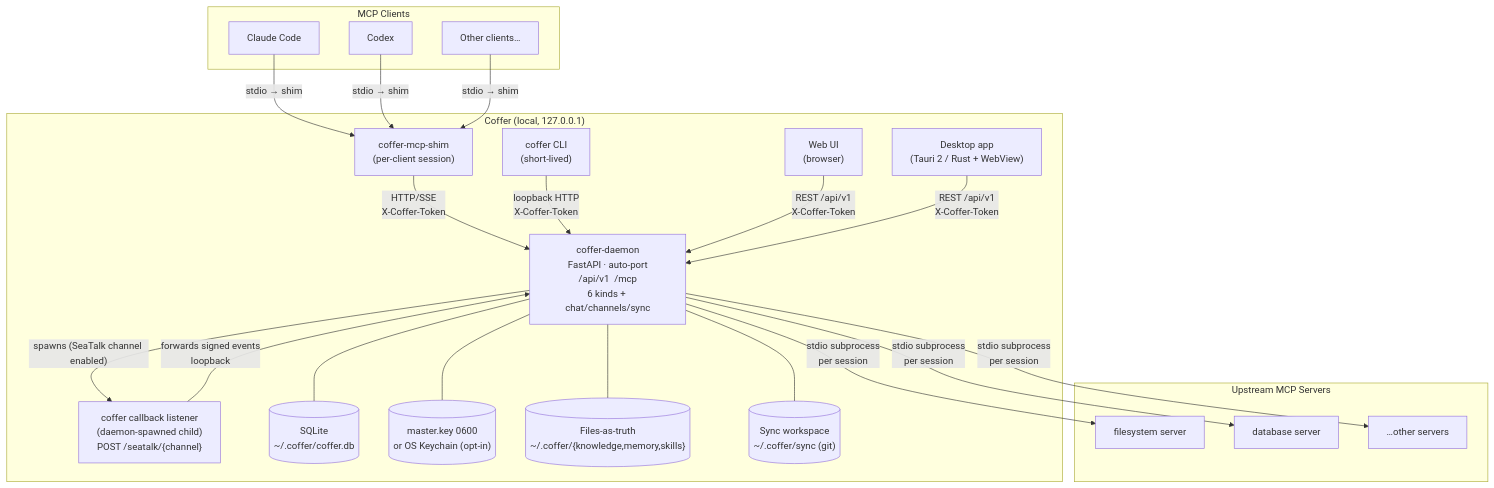
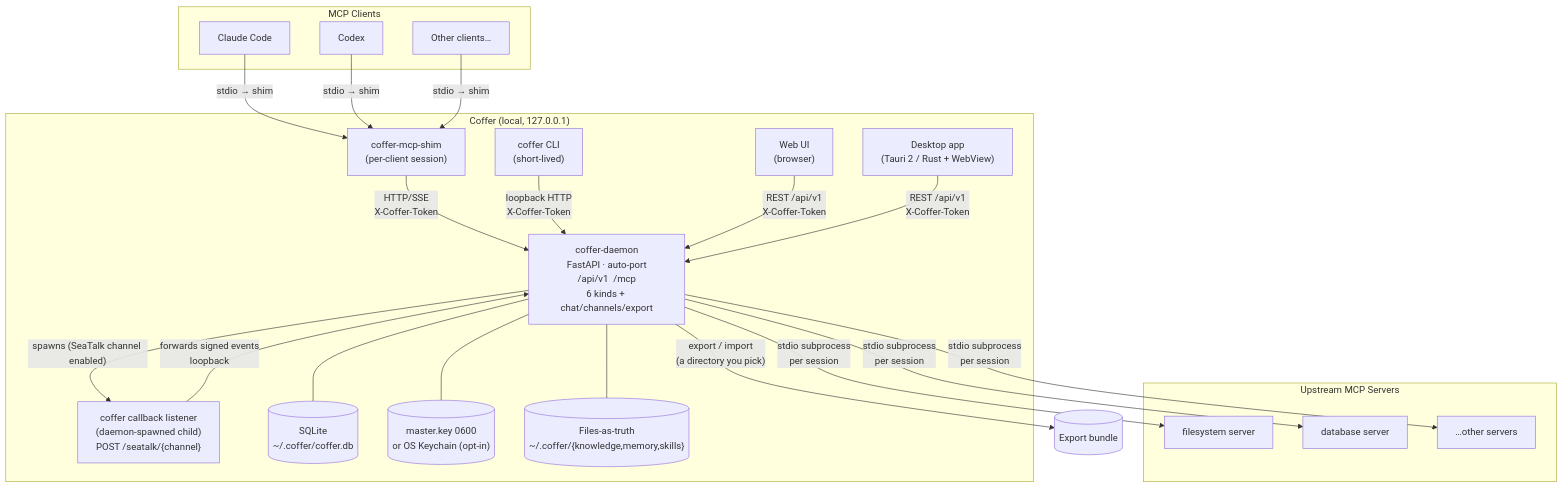
One commit to wyx-sg/Coffer changed the diagram in docs-site/architecture/overview.md. Above: the diagram before and after it, drawn with Mermaid. The commit also changed other lines of this file and 226 other files, not shown here.

````diff
--- a/docs-site/architecture/overview.md
+++ b/docs-site/architecture/overview.md
@@ -11,44 +11,43 @@
 ```mermaid
 flowchart TD
     subgraph clients["MCP Clients"]
         CC["Claude Code"]
         CX["Codex"]
         OT["Other clients…"]
     end
 
     subgraph coffer["Coffer (local, 127.0.0.1)"]
         CLI["coffer CLI\n(short-lived)"]
         SHIM["coffer-mcp-shim\n(per-client session)"]
         WEBUI["Web UI\n(browser)"]
         DESKTOP["Desktop app\n(Tauri 2 / Rust + WebView)"]
-        DAEMON["coffer-daemon\nFastAPI · auto-port\n/api/v1  /mcp\n6 kinds + chat/channels/sync"]
+        DAEMON["coffer-daemon\nFastAPI · auto-port\n/api/v1  /mcp\n6 kinds + chat/channels/export"]
         CB["coffer callback listener\n(daemon-spawned child)\nPOST /seatalk/{channel}"]
         DB[("SQLite\n~/.coffer/coffer.db")]
         MK[("master.key 0600\nor OS Keychain (opt-in)")]
         FILES[("Files-as-truth\n~/.coffer/{knowledge,memory,skills}")]
-        SYNC[("Sync workspace\n~/.coffer/sync (git)")]
     end
 
     subgraph upstream["Upstream MCP Servers"]
         S1["filesystem server"]
         S2["database server"]
         SN["…other servers"]
     end
 
     CC -->|"stdio → shim"| SHIM
     CX -->|"stdio → shim"| SHIM
     OT -->|"stdio → shim"| SHIM
     SHIM -->|"HTTP/SSE\nX-Coffer-Token"| DAEMON
     CLI -->|"loopback HTTP\nX-Coffer-Token"| DAEMON
     WEBUI -->|"REST /api/v1\nX-Coffer-Token"| DAEMON
     DESKTOP -->|"REST /api/v1\nX-Coffer-Token"| DAEMON
     DAEMON --- DB
     DAEMON --- MK
     DAEMON --- FILES
-    DAEMON --- SYNC
+    DAEMON -->|"export / import\n(a directory you pick)"| BUNDLE[("Export bundle")]
     DAEMON -->|"spawns (SeaTalk channel enabled)"| CB
     CB -->|"forwards signed events\nloopback"| DAEMON
     DAEMON -->|"stdio subprocess\nper session"| S1
     DAEMON -->|"stdio subprocess\nper session"| S2
     DAEMON -->|"stdio subprocess\nper session"| SN
 ```
````
